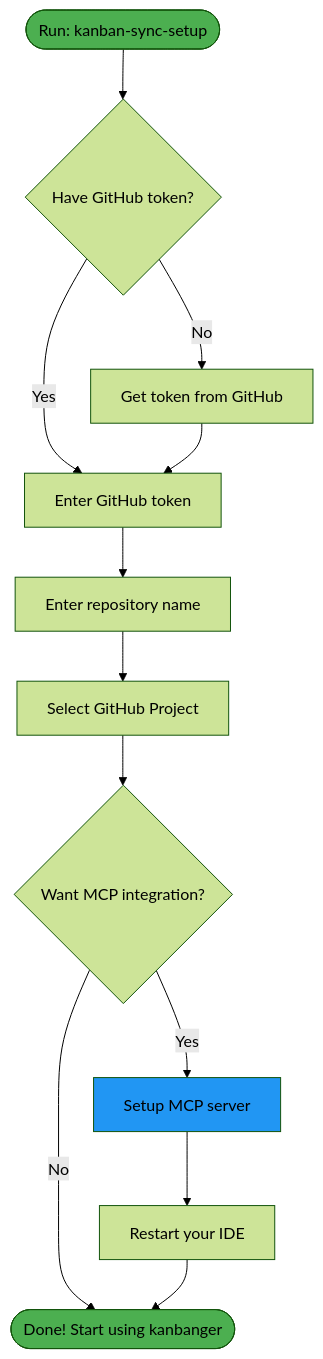
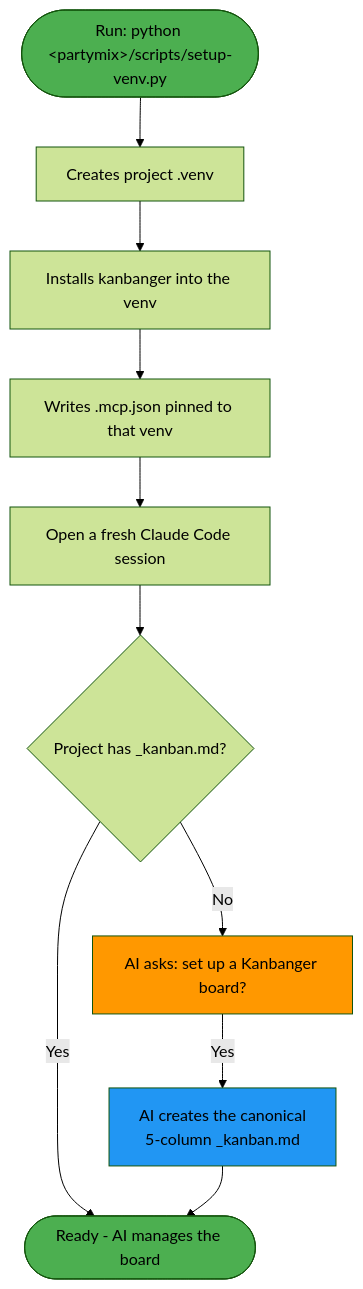
One commit to earlyprototype/kanbanger changed the second of 3 diagrams in docs/setup-flow.md. Above: the diagram before and after it, drawn with Mermaid (forest theme). The commit also changed other lines of this file and 3 other files, not shown here.

First line of the commit message:
docs: replace deprecated Cursor wizard refs with current setup-venv.py flow

````diff
--- a/docs/setup-flow.md
+++ b/docs/setup-flow.md
@@ -21,21 +22,18 @@
 ```mermaid
 graph TD
-    Start([Run: kanban-sync-setup]) --> Q1{Have GitHub token?}
-    Q1 -->|No| GetToken[Get token from GitHub]
-    Q1 -->|Yes| Step1[Enter GitHub token]
-    GetToken --> Step1
-    
-    Step1 --> Step2[Enter repository name]
-    Step2 --> Step3[Select GitHub Project]
-    Step3 --> Step4{Want MCP integration?}
-    
-    Step4 -->|Yes| SetupMCP[Setup MCP server]
-    Step4 -->|No| Done
-    
-    SetupMCP --> Restart[Restart your IDE]
-    Restart --> Done([Done! Start using kanbanger])
-    
+    Start([Run: python &lt;partymix&gt;/scripts/setup-venv.py]) --> Step1[Creates project .venv]
+    Step1 --> Step2[Installs kanbanger into the venv]
+    Step2 --> Step3[Writes .mcp.json pinned to that venv]
+    Step3 --> Restart[Open a fresh Claude Code session]
+
+    Restart --> Board{Project has _kanban.md?}
+    Board -->|Yes| Ready([Ready - AI manages the board])
+    Board -->|No| Ask[AI asks: set up a Kanbanger board?]
+    Ask -->|Yes| Create[AI creates the canonical<br/>5-column _kanban.md]
+    Create --> Ready
+
     style Start fill:#4CAF50
-    style Done fill:#4CAF50
-    style SetupMCP fill:#2196F3
+    style Ready fill:#4CAF50
+    style Ask fill:#FF9800
+    style Create fill:#2196F3
 ```
````
